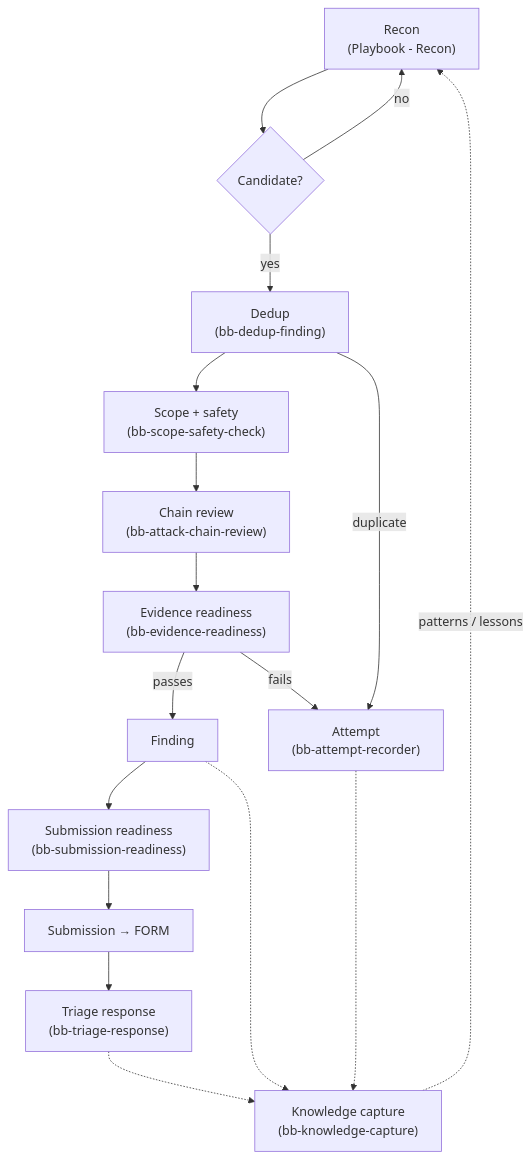
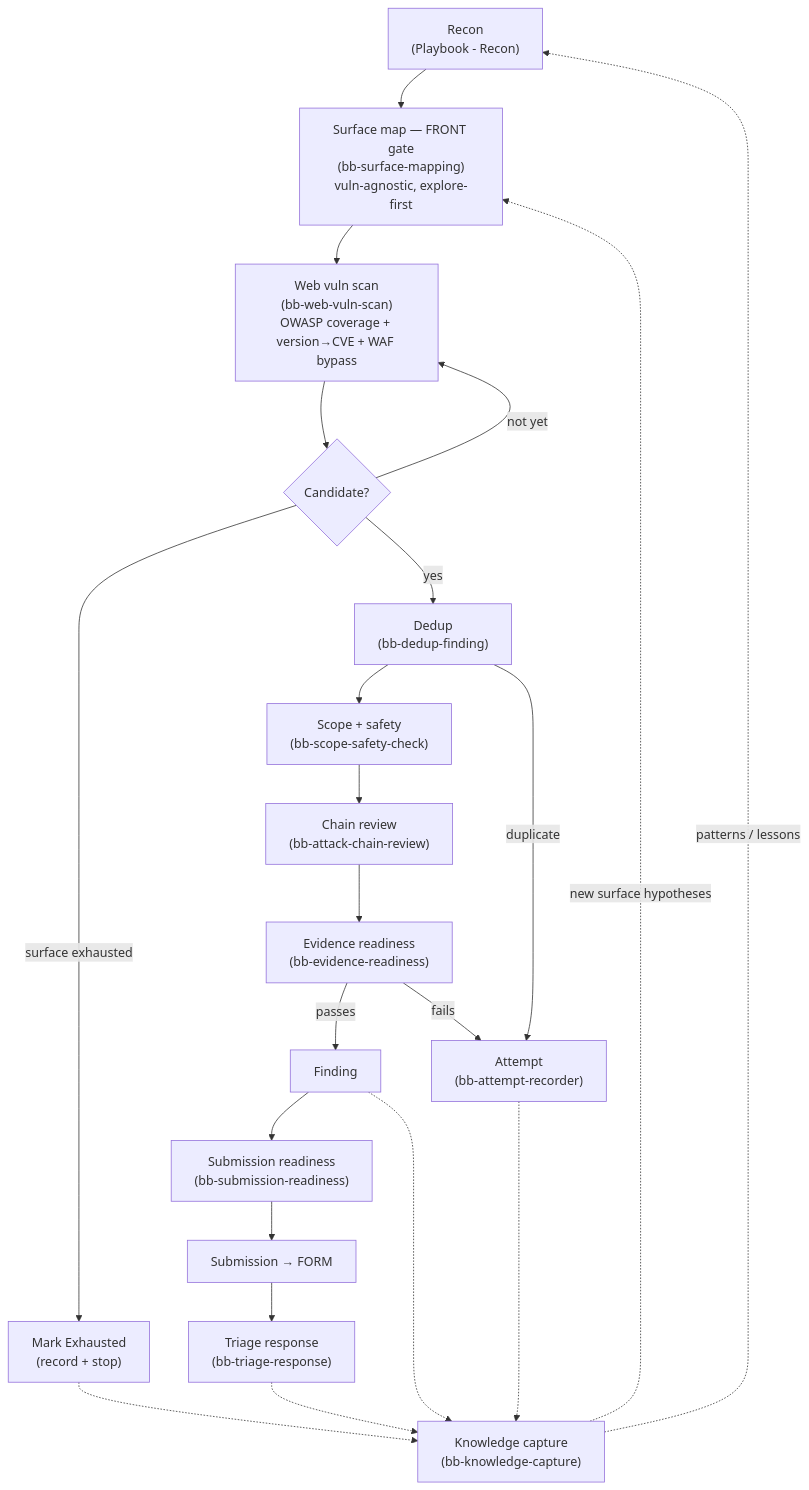
Before and after one commit to guan4tou2/bug-bounty-vault-framework: the diagram in docs/workflow.md, drawn with Mermaid. The commit also changed other lines of this file and 15 other files, not shown here.

First line of the commit message:
feat: explore-first front gate + closed-loop architecture doc (v0.1.3)

````diff
--- a/docs/workflow.md
+++ b/docs/workflow.md
@@ -13,19 +13,24 @@
 ```mermaid
 flowchart TD
-  R["Recon<br/>(Playbook - Recon)"] --> C{"Candidate?"}
-  C -->|no| R
+  R["Recon<br/>(Playbook - Recon)"] --> SM["Surface map — FRONT gate<br/>(bb-surface-mapping)<br/>vuln-agnostic, explore-first"]
+  SM --> WV["Web vuln scan<br/>(bb-web-vuln-scan)<br/>OWASP coverage + version→CVE + WAF bypass"]
+  WV --> C{"Candidate?"}
+  C -->|"not yet"| WV
+  C -->|"surface exhausted"| EX["Mark Exhausted<br/>(record + stop)"]
   C -->|yes| D["Dedup<br/>(bb-dedup-finding)"]
   D --> S["Scope + safety<br/>(bb-scope-safety-check)"]
   S --> CH["Chain review<br/>(bb-attack-chain-review)"]
   CH --> E["Evidence readiness<br/>(bb-evidence-readiness)"]
   E -->|passes| F["Finding"]
   E -->|fails| A["Attempt<br/>(bb-attempt-recorder)"]
   D -->|duplicate| A
   F --> SR["Submission readiness<br/>(bb-submission-readiness)"]
   SR --> SUB["Submission → FORM"]
   SUB --> T["Triage response<br/>(bb-triage-response)"]
   F -.-> KC["Knowledge capture<br/>(bb-knowledge-capture)"]
   A -.-> KC
+  EX -.-> KC
   T -.-> KC
   KC -.->|"patterns / lessons"| R
+  KC -.->|"new surface hypotheses"| SM
 ```
````
